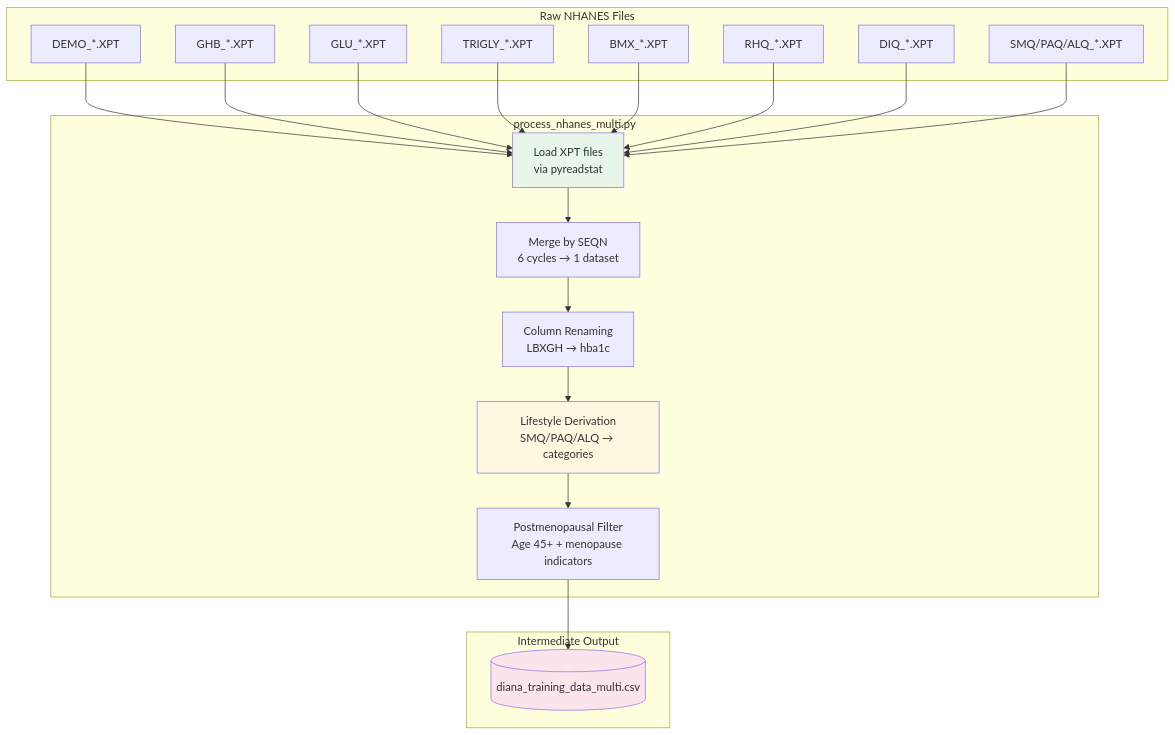
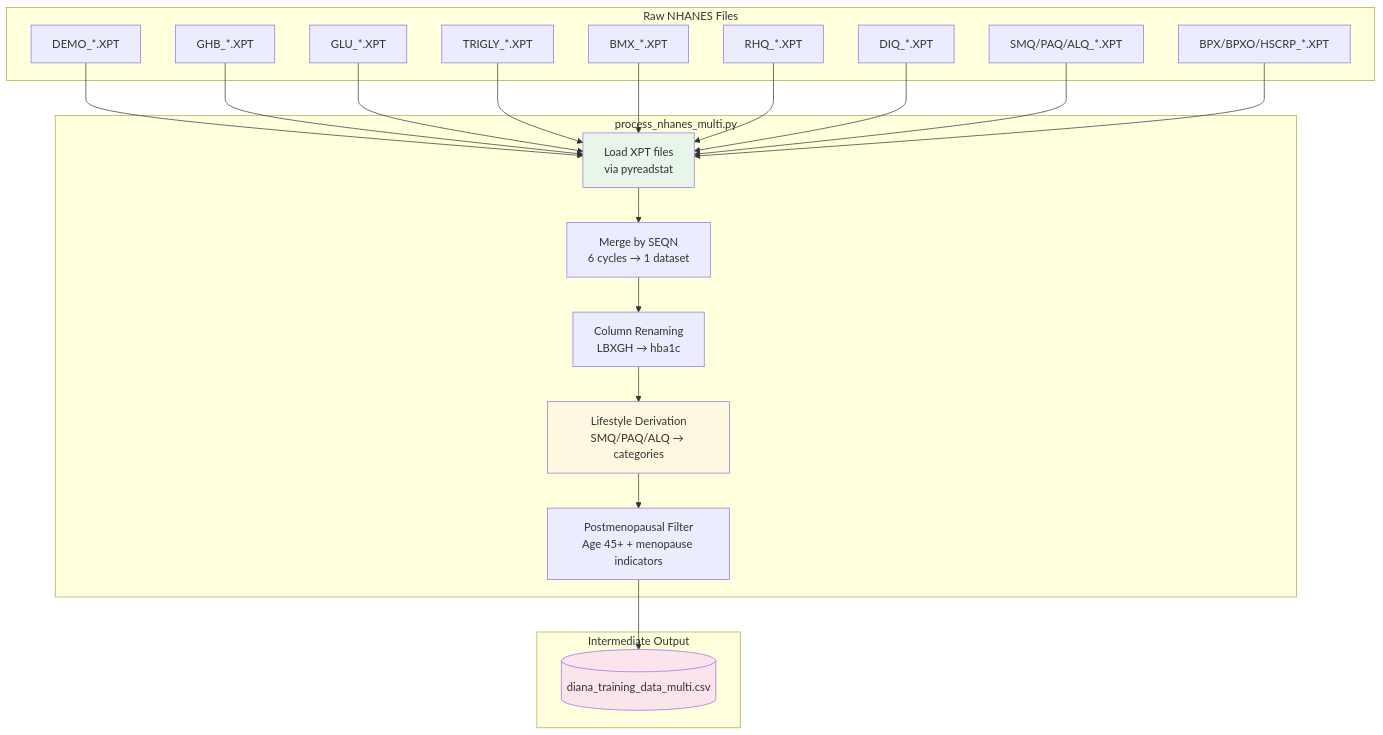
The second of 7 diagrams in docs/07-research/thesis-drafts/ch3+4.md (Skufu/DianaV2), drawn with Mermaid before and after one commit. The commit also changed other lines of this file and 46 other files, not shown here.

````diff
--- a/docs/07-research/thesis-drafts/ch3+4.md
+++ b/docs/07-research/thesis-drafts/ch3+4.md
@@ -93,40 +96,42 @@
 ```mermaid
 flowchart TB
     subgraph Input["Raw NHANES Files"]
         A1[DEMO_*.XPT]
         A2[GHB_*.XPT]
         A3[GLU_*.XPT]
         A4[TRIGLY_*.XPT]
         A5[BMX_*.XPT]
         A6[RHQ_*.XPT]
         A7[DIQ_*.XPT]
         A8[SMQ/PAQ/ALQ_*.XPT]
+        A9[BPX/BPXO/HSCRP_*.XPT]
     end
 
     subgraph Process["process_nhanes_multi.py"]
         B1[Load XPT files<br/>via pyreadstat]
         B2[Merge by SEQN<br/>6 cycles → 1 dataset]
         B3[Column Renaming<br/>LBXGH → hba1c]
         B4[Lifestyle Derivation<br/>SMQ/PAQ/ALQ → categories]
         B5[Postmenopausal Filter<br/>Age 45+ + menopause indicators]
     end
 
     subgraph Output["Intermediate Output"]
         C1[(diana_training_data_multi.csv)]
     end
 
     A1 --> B1
     A2 --> B1
     A3 --> B1
     A4 --> B1
     A5 --> B1
     A6 --> B1
     A7 --> B1
     A8 --> B1
+    A9 --> B1
 
     B1 --> B2 --> B3 --> B4 --> B5 --> C1
 
     style B1 fill:#e8f5e9
     style B4 fill:#fff8e1
     style C1 fill:#fce4ec
 ```
````
